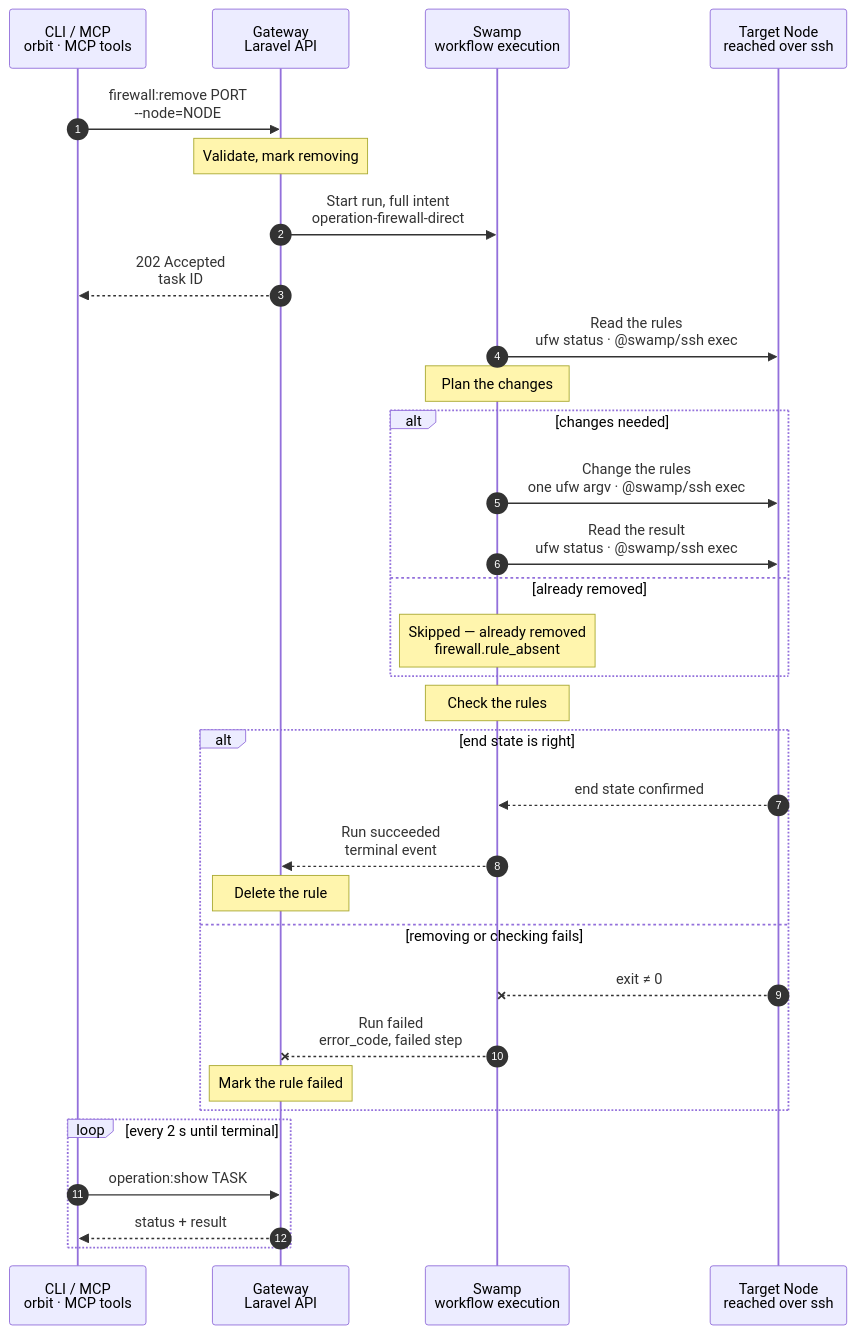
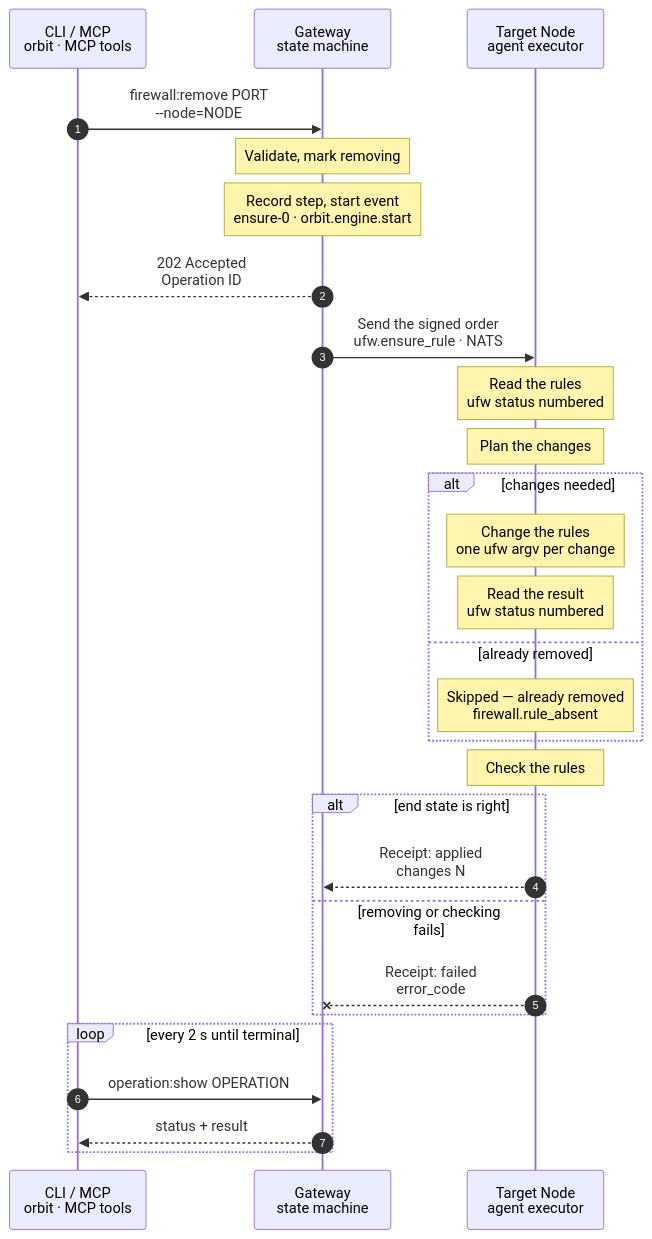
The diagram in docs/cli/firewall/remove.mmd (hardimpactdev/orbit), drawn with Mermaid before and after one commit. The commit also changed 8 other files, not shown here.

Commit message:
Docs: Gateway engine reference, executor bus, firewall charts on the engine; report a no-op remove as firewall.rule_absent

```diff
--- a/docs/cli/firewall/remove.mmd
+++ b/docs/cli/firewall/remove.mmd
@@ -1,120 +1,110 @@
 sequenceDiagram
-  %% Target design: ADR 0244 task, ADR 0241 allowlists, DECISIONS R1-R4 + 5 (process.stop shape, shared SSH identity). Same shape as firewall.allow.
-  %% Tightened: flow-tighten 2026-11-03, rule 22 (no script: one ufw argv per change over @swamp/ssh exec; a typed step plans positions, Lab #4334).
-  %% status: reviewed
+  %% Target design: ADR 0244 task, ADR 0241 allowlists, DECISIONS R1-R4 (rules, admission); ADR 0271 and docs/reference/gateway-engine.md (execution). Same shape as firewall.allow.
+  %% Engine flow: the kind runs on the Gateway state machine when ORBIT_ENGINE_KINDS lists it and the target Node's executor reported `ufw.ensure_rule`; otherwise it still runs the Swamp workflow operation-firewall-direct, which goes once every Node reports.
+  %% status: draft
   %% command: firewall:remove
   %% kind: firewall.remove
   autonumber
   %% lane CLI icon=terminal pill=caller tone=gray
-  %% lane GW icon=gateway pill=intent tone=blue
-  %% lane SW icon=workflow pill=executes tone=green
+  %% lane GW icon=gateway pill=executes tone=blue
   %% lane N icon=server pill=target tone=amber
   participant CLI as CLI / MCP<br/>orbit · MCP tools
-  participant GW as Gateway<br/>Laravel API
-  participant SW as Swamp<br/>workflow execution
-  participant N as Target Node<br/>reached over ssh
+  participant GW as Gateway<br/>state machine
+  participant N as Target Node<br/>agent executor
   CLI->>GW: firewall:remove PORT<br/>--node=NODE
   %%> Command:
   %%> - `orbit firewall:remove PORT --node=NODE`
   %%> - syntax: `<port> --node=ID [--from=SOURCE] [--protocol=tcp|udp]`
   %%> Input:
   %%> - the destination port or port range of the rule, and the Node
   %%> - optionally the source and the protocol, to pick one rule when several share the port
   %%> Confirmation:
   %%> - the CLI asks before removal; `--yes` confirms without a prompt
   %%> Who can call it:
   %%> - the `orbit` CLI and the MCP tool send the same request
   Note over GW: Validate, mark removing
   %%> Requirements:
   %%> - the calling Node has an access grant to the target Node
   %%> - the target is an active Linux Node
   %%> - exactly one rule on the target matches the port, source and protocol: none is `firewall.rule_not_found`, several is `firewall.rule_ambiguous` and lists each match
   %%> - no other firewall change runs on the target; the Gateway holds one lock per Node
   %%> Works out what to keep:
-  %%> - a ufw line that another rule, or a rule Orbit itself needs, also uses stays on the Node
+  %%> - a ufw line that another rule, or a rule Orbit itself needs, also uses stays on the Node (`retain`)
   %%> - only lines that belong to this rule alone are removed
+  Note over GW: Record step, start event<br/>ensure-0 · orbit.engine.start
   %%> Result:
-  %%> - the rule is recorded as removing
-  %%> - a task is recorded with the full intent
+  %%> - the rule is recorded as removing, with the full intent and the engine step `ensure-0`
+  %%> - the start event goes to JetStream; the state machine takes it from there
   %%> - nothing has happened on the Node yet
-  GW->>SW: Start run, full intent<br/>operation-firewall-direct
+  GW-->>CLI: 202 Accepted<br/>Operation ID
+  %%> What you get:
+  %%> - the Operation ID, at once
+  %%> Next:
+  %%> - the CLI follows the Operation with `operation:show`
+  GW->>N: Send the signed order<br/>ufw.ensure_rule · NATS
   %%> What it does:
-  %%> - starts one Swamp run
+  %%> - signs one order for the target Node: operation `<id>:ensure-0`, target the Node itself, so its firewall changes run one at a time
+  %%> - publishes it to the Node's durable consumer on the ORDERS stream, over NATS on WireGuard
   %%> Inputs:
-  %%> - the ufw lines to remove, and the lines that must stay
-  %%> - the target's address and SSH host keys; the SSH identity comes from the `swamp` role
-  GW-->>CLI: 202 Accepted<br/>task ID
-  %%> What you get:
-  %%> - the task ID, at once
-  %%> Next:
-  %%> - the CLI follows the task with `operation:show`
-  SW->>N: Read the rules<br/>ufw status · @swamp/ssh exec
+  %%> - `action`, `port`, `protocol`, `source`, `comment`, `ensure: absent`, `retain`
+  %%> Deadline:
+  %%> - a JetStream schedule wakes the step after 10 s; with no receipt by then, a new order goes out; after 120 s the step fails with `engine.step_budget_exceeded`
+  %%> - an order older than its 8 s expiry is refused as `expired`, and the Gateway sends a new one
+  Note over N: Read the rules<br/>ufw status numbered
   %%> How:
-  %%> - a Swamp worker reaches the target over SSH with the official `@swamp/ssh` behavior
+  %%> - the executor checks the order's signature, then reads ufw's numbered rows
   %%> - refuses an inactive firewall (`firewall.backend_inactive`) before any change
-  Note over SW: Plan the changes
+  Note over N: Plan the changes
   %%> What it does:
   %%> - turns the rule into one ufw delete command per protocol and address family
   %%> - skips a line that is already gone and a line that must stay
   %%> - plans no changes when no line is left to delete
-  %%> Why typed, not cfgmgmt:
-  %%> - `@swamp/cfgmgmt/firewall` cannot name a port range
+  %%> How:
+  %%> - the typed primitive `ufw.ensure_rule` in the executor (crate `firewall`, a port of the former Swamp planner)
   alt changes needed
-    SW->>N: Change the rules<br/>one ufw argv · @swamp/ssh exec
+    Note over N: Change the rules<br/>one ufw argv per change
     %%> What it does:
     %%> - deletes each line that belongs to this rule alone; a line that is already gone is skipped
     %%> - a line that a role also needs (`retain`) stays
-    %%> - runs the planned commands one at a time; nothing is copied to the Node
-    SW->>N: Read the result<br/>ufw status · @swamp/ssh exec
+    %%> - runs the planned commands one at a time
+    Note over N: Read the result<br/>ufw status numbered
     %%> Why:
     %%> - the rule only counts as done when ufw shows it after the changes
   else already removed
-    Note over SW: Skipped — already removed<br/>firewall.rule_absent
+    Note over N: Skipped — already removed<br/>firewall.rule_absent
     %%> Result:
     %%> - the plan contains no changes
     %%> - there is no second read of ufw: the check runs on the first read, which nothing has changed since
   end
-  Note over SW: Check the rules
+  Note over N: Check the rules
   %%> What it does:
   %%> - checks every removed line is gone, and retained lines are still there
-  %%> - prints the public result; after changes, a line that ufw changed in between fails the check, and a rerun repairs it
-  %%> Why:
-  %%> - the rule only counts as removed when ufw shows it
+  %%> - after changes, a line that ufw changed in between fails the check, and a rerun repairs it
   alt end state is right
-    N-->>SW: end state confirmed
-    %%> Returns:
-    %%> - the check passed
-    SW-->>GW: Run succeeded<br/>terminal event
+    N-->>GW: Receipt: applied<br/>changes N
     %%> How the Gateway learns it:
-    %%> - its shared run reader sees the terminal event; Swamp never calls the Gateway
-    Note over GW: Delete the rule
+    %%> - the receipt goes to the RECEIPTS stream; the order is acknowledged only after JetStream stored it
     %%> Result:
-    %%> - the rule record is deleted from the Gateway
-    %%> - the task succeeds
-    %%> - if no changes were needed, reports `Skipped — already removed (firewall.rule_absent)`
-    %%> - the skip reason is part of the successful result in human and machine output, not an error
+    %%> - the rule record is deleted from the Gateway and the Operation succeeds, through the kind's projection
+    %%> - `changes: 0` reports `Skipped — already removed (firewall.rule_absent)`, part of the successful result, not an error
   else removing or checking fails
-    N--xSW: exit ≠ 0
+    N--xGW: Receipt: failed<br/>error_code
     %%> When:
-    %%> - ufw refuses the change, SSH fails, or the end state is wrong
-    SW--xGW: Run failed<br/>error_code, failed step
-    %%> The Gateway reads:
-    %%> - which step failed and its error code
-    Note over GW: Mark the rule failed
+    %%> - ufw refuses the change, or the end state is wrong (`firewall.verify_failed`)
     %%> Result:
-    %%> - the rule stays, marked failed, so you can see it
-    %%> - the task fails
+    %%> - the rule stays, marked failed with `failed_step: ensure-0`, so you can see it
+    %%> - the Operation fails
     %%> On the Node:
     %%> - lines removed before the failure stay removed; there is no rollback
     %%> - that is safe: the rule stays marked failed, and a rerun skips lines that are already gone
     %%> Retry:
-    %%> - run the same command again after fixing the cause; it is a new task
+    %%> - run the same command again after fixing the cause; it is a new Operation
   end
   loop every 2 s until terminal
-    CLI->>GW: operation:show TASK
+    CLI->>GW: operation:show OPERATION
     %%> What it does:
-    %%> - asks for the task's status every 2 seconds until it has ended
+    %%> - asks for the Operation's status every 2 seconds until it has ended
     GW-->>CLI: status + result
     %%> Returns:
-    %%> - the current status, and the result once the task has ended
+    %%> - the current status, and the result once the Operation has ended
   end
```
